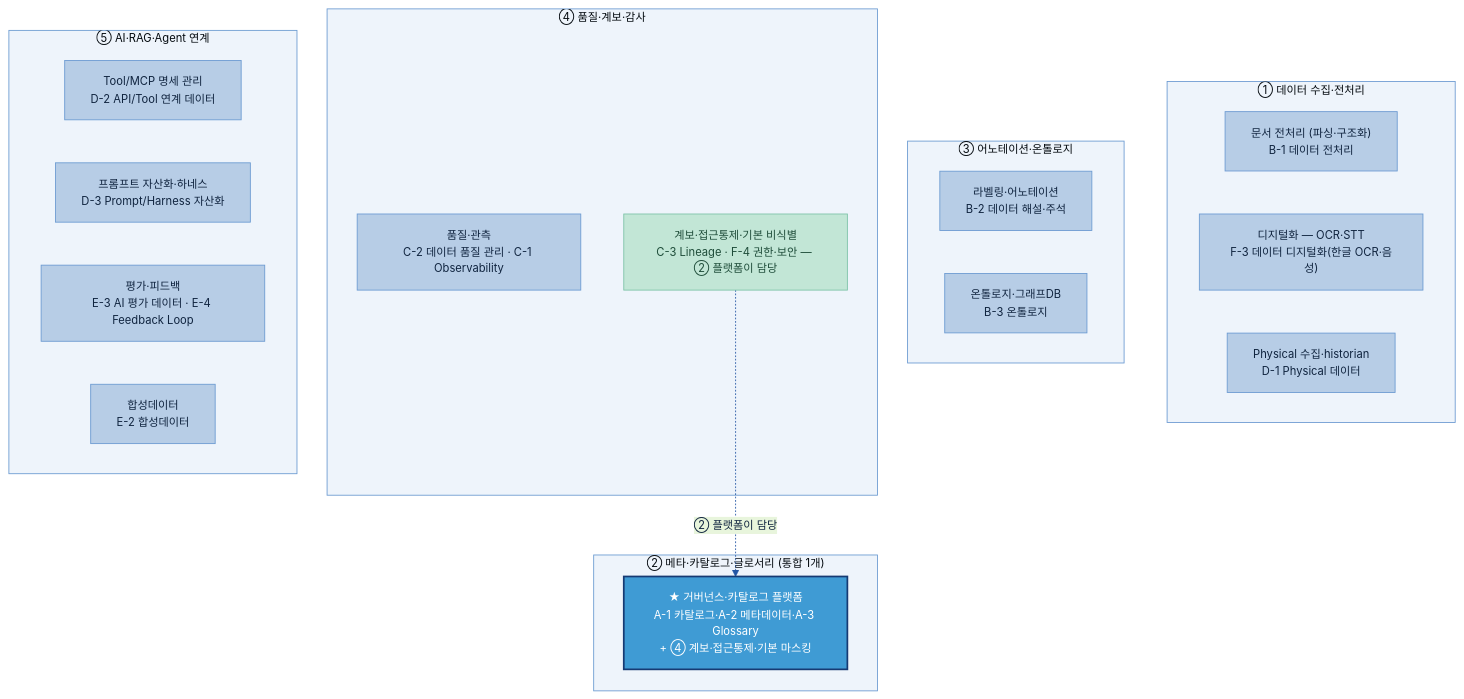
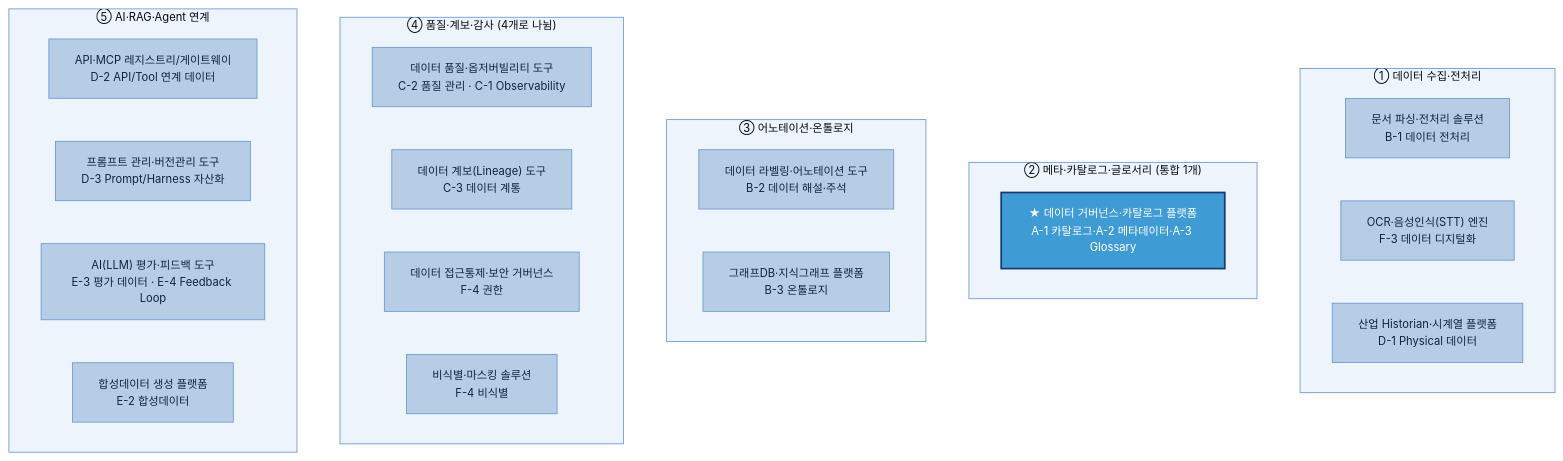
The diagram in Tech Player/03 제안 솔루션 구성 (영역별 솔루션 단위).md (jin-kearney/ai-ready-data-manual), drawn with Mermaid before and after one commit. The commit also changed other lines of this file and 72 other files, not shown here.

````diff
--- a/Tech Player/03 제안 솔루션 구성 (영역별 솔루션 단위).md
+++ b/Tech Player/03 제안 솔루션 구성 (영역별 솔루션 단위).md
@@ -51,30 +51,30 @@
 ```mermaid
 %%{init: {'theme':'base','themeVariables':{'primaryColor':'#DCE8F5','primaryBorderColor':'#2456A4','primaryTextColor':'#10243f','lineColor':'#2456A4','clusterBkg':'#EEF4FB','clusterBorder':'#6B9AD1','fontSize':'13px'}}}%%
 flowchart TB
     subgraph A1["① 데이터 수집·전처리"]
-        S1["문서 전처리 (파싱·구조화)<br/>B-1 데이터 전처리"]:::sol
-        S2["디지털화 — OCR·STT<br/>F-3 데이터 디지털화(한글 OCR·음성)"]:::sol
-        S3["Physical 수집·historian<br/>D-1 Physical 데이터"]:::sol
+        S1["문서 파싱·전처리 솔루션<br/>B-1 데이터 전처리"]:::sol
+        S2["OCR·음성인식(STT) 엔진<br/>F-3 데이터 디지털화"]:::sol
+        S3["산업 Historian·시계열 플랫폼<br/>D-1 Physical 데이터"]:::sol
     end
     subgraph A2["② 메타·카탈로그·글로서리 (통합 1개)"]
-        GOV["★ 거버넌스·카탈로그 플랫폼<br/>A-1 카탈로그·A-2 메타데이터·A-3 Glossary<br/>+ ④ 계보·접근통제·기본 마스킹"]:::plat
+        GOV["★ 데이터 거버넌스·카탈로그 플랫폼<br/>A-1 카탈로그·A-2 메타데이터·A-3 Glossary"]:::plat
     end
     subgraph A3["③ 어노테이션·온톨로지"]
-        S4["라벨링·어노테이션<br/>B-2 데이터 해설·주석"]:::sol
-        S5["온톨로지·그래프DB<br/>B-3 온톨로지"]:::sol
+        S4["데이터 라벨링·어노테이션 도구<br/>B-2 데이터 해설·주석"]:::sol
+        S5["그래프DB·지식그래프 플랫폼<br/>B-3 온톨로지"]:::sol
     end
-    subgraph A4["④ 품질·계보·감사"]
-        S6["품질·관측<br/>C-2 데이터 품질 관리 · C-1 Observability"]:::sol
-        ABS["계보·접근통제·기본 비식별<br/>C-3 Lineage · F-4 권한·보안 — ② 플랫폼이 담당"]:::asset
+    subgraph A4["④ 품질·계보·감사 (4개로 나뉨)"]
+        S6["데이터 품질·옵저버빌리티 도구<br/>C-2 품질 관리 · C-1 Observability"]:::sol
+        S7["데이터 계보(Lineage) 도구<br/>C-3 데이터 계통"]:::sol
+        S8["데이터 접근통제·보안 거버넌스<br/>F-4 권한"]:::sol
+        S9["비식별·마스킹 솔루션<br/>F-4 비식별"]:::sol
     end
     subgraph A5["⑤ AI·RAG·Agent 연계"]
-        S8["Tool/MCP 명세 관리<br/>D-2 API/Tool 연계 데이터"]:::sol
-        S9["프롬프트 자산화·하네스<br/>D-3 Prompt/Harness 자산화"]:::sol
-        S10["평가·피드백<br/>E-3 AI 평가 데이터 · E-4 Feedback Loop"]:::sol
-        S11["합성데이터<br/>E-2 합성데이터"]:::sol
+        S10["API·MCP 레지스트리/게이트웨이<br/>D-2 API/Tool 연계 데이터"]:::sol
+        S11["프롬프트 관리·버전관리 도구<br/>D-3 Prompt/Harness 자산화"]:::sol
+        S12["AI(LLM) 평가·피드백 도구<br/>E-3 평가 데이터 · E-4 Feedback Loop"]:::sol
+        S13["합성데이터 생성 플랫폼<br/>E-2 합성데이터"]:::sol
     end
-    ABS -.->|② 플랫폼이 담당| GOV
     classDef sol fill:#B7CDE6,stroke:#6B9AD1,color:#10243f;
     classDef plat fill:#3F9BD4,stroke:#163a73,color:#fff,stroke-width:2px;
-    classDef asset fill:#C2E6D6,stroke:#7CC2A7,color:#1f4d3a;
 ```
````
